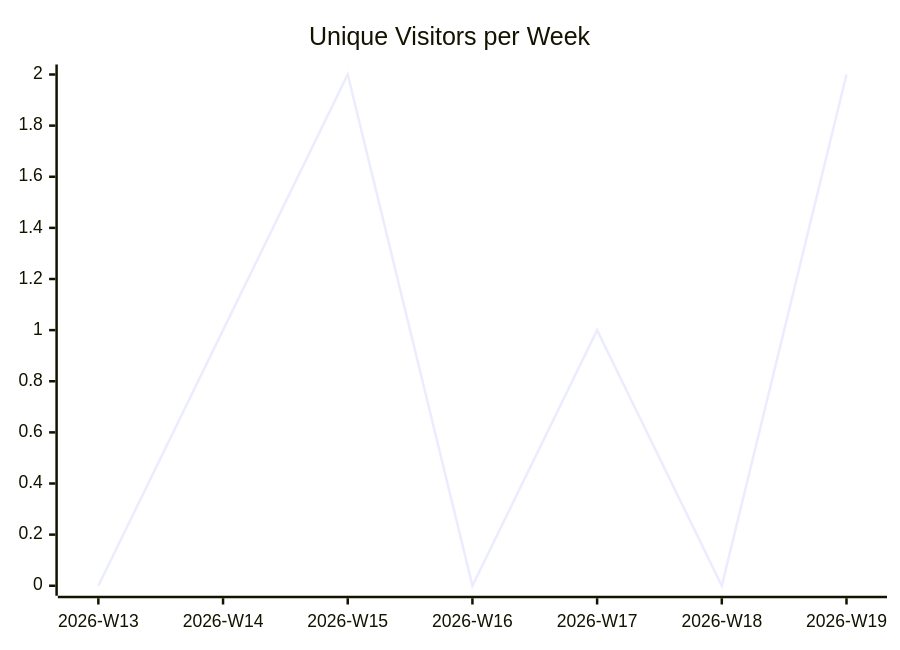
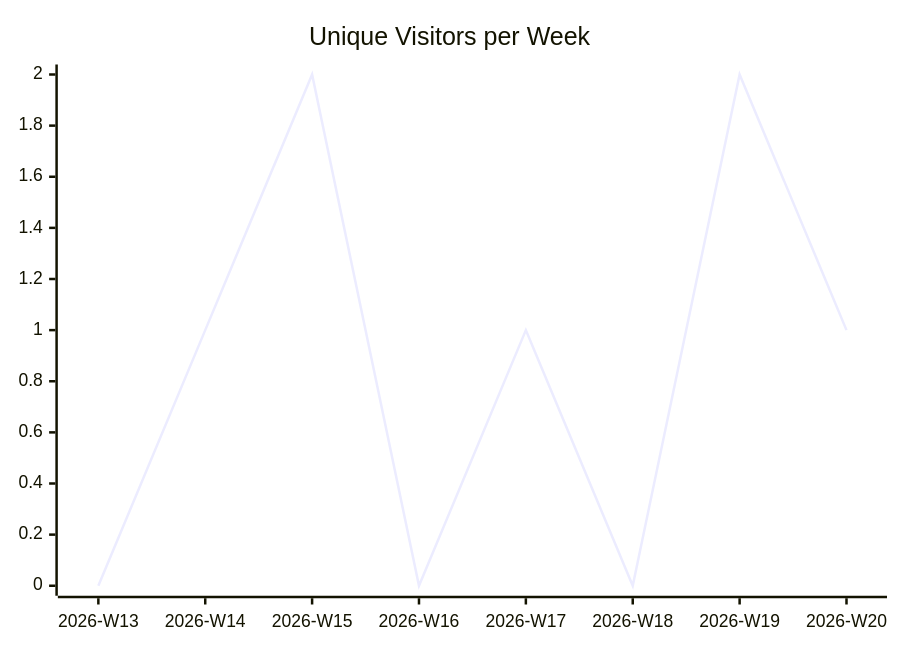
One commit to justdavis-family/github-analytics-data changed the first of 3 diagrams in justdavis-family/justdavis/README.md. Above: the diagram before and after it, drawn with Mermaid. The commit also changed other lines of this file and 176 other files, not shown here.

````diff
--- a/justdavis-family/justdavis/README.md
+++ b/justdavis-family/justdavis/README.md
@@ -5,6 +5,6 @@
 ```mermaid
 xychart-beta
   title "Unique Visitors per Week"
-  x-axis ["2026-W13", "2026-W14", "2026-W15", "2026-W16", "2026-W17", "2026-W18", "2026-W19"]
-  line [0, 1, 2, 0, 1, 0, 2]
+  x-axis ["2026-W13", "2026-W14", "2026-W15", "2026-W16", "2026-W17", "2026-W18", "2026-W19", "2026-W20"]
+  line [0, 1, 2, 0, 1, 0, 2, 1]
 ```
````
